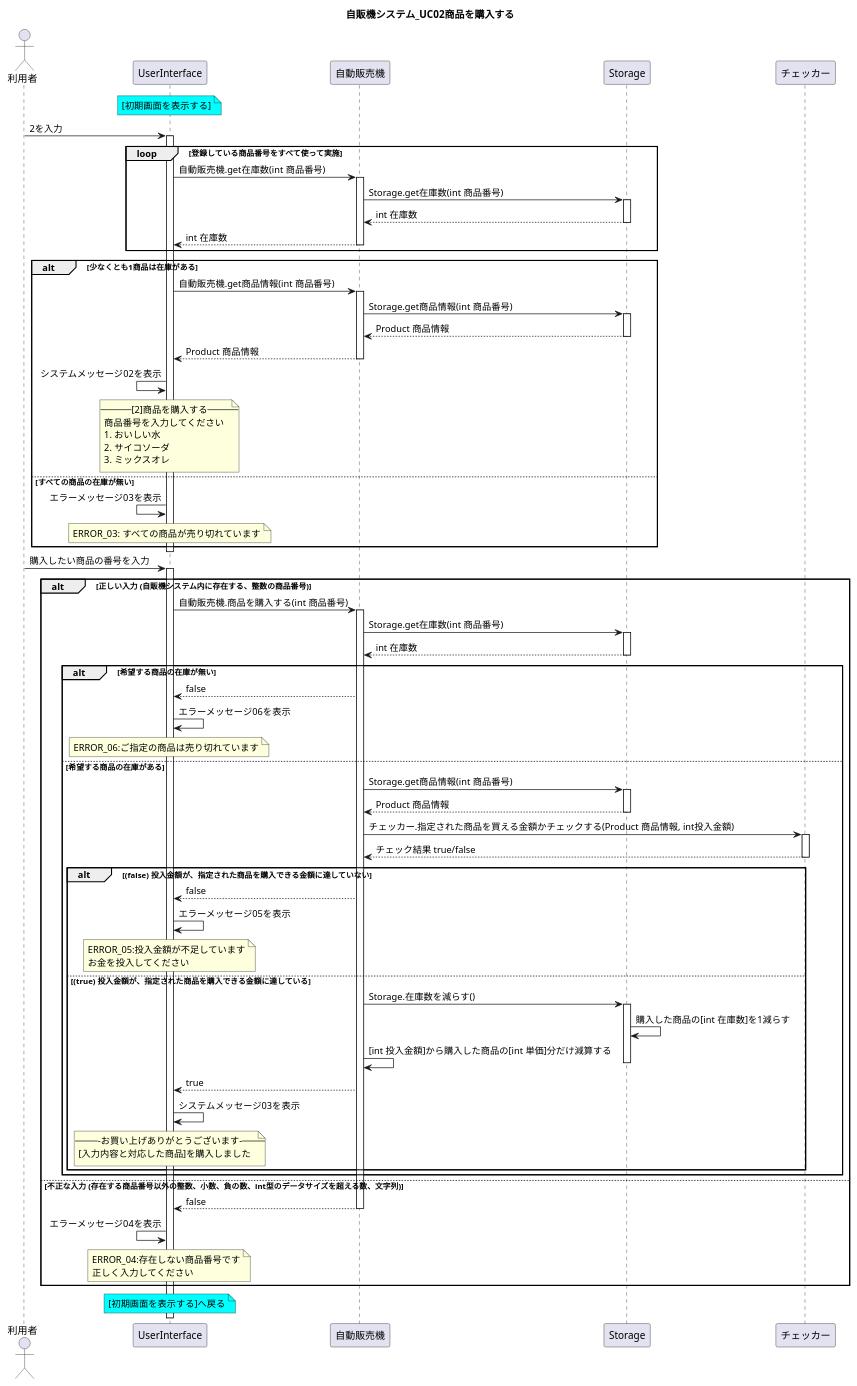
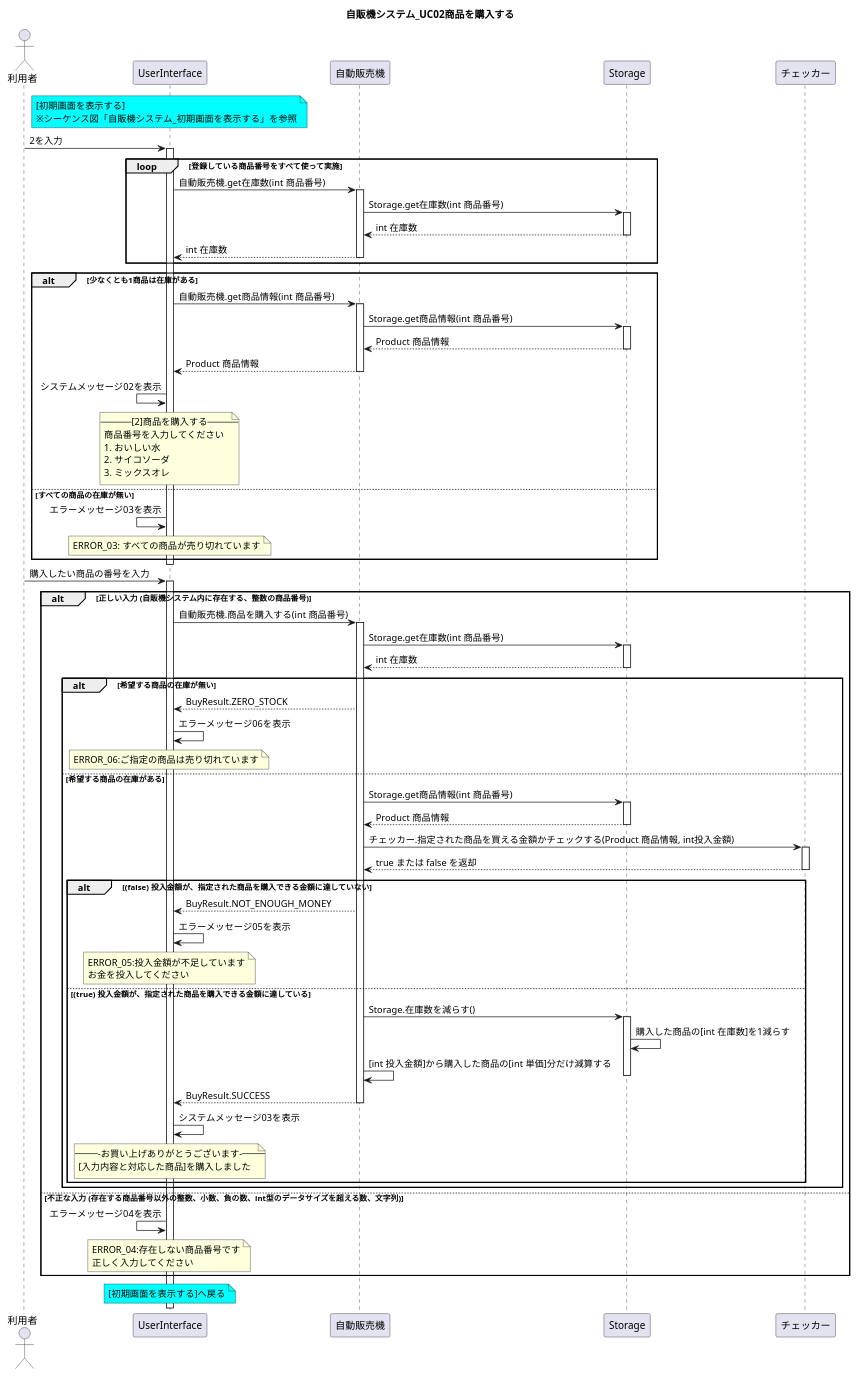
Before and after one commit to W-Nakayama-24/VendingMachine_CUI: the diagram in UML_class_sequence/VendingMachine_sequence02.puml, drawn with PlantUML. The commit also changed 7 other files, not shown here.

First line of the commit message:
FIX classDesign, sequenceDesign

```diff
--- a/UML_class_sequence/VendingMachine_sequence02.puml
+++ b/UML_class_sequence/VendingMachine_sequence02.puml
@@ -1,136 +1,136 @@
 @startuml
 title 自販機システム_UC02商品を購入する
 
 actor 利用者
 note over UserInterface #Cyan
 [初期画面を表示する]
+※シーケンス図「自販機システム_初期画面を表示する」を参照
 end note
 
 利用者 -> UserInterface : 2を入力
 
 loop 登録している商品番号をすべて使って実施
 activate UserInterface
 UserInterface -> 自動販売機 : 自動販売機.get在庫数(int 商品番号)
 activate 自動販売機
 自動販売機 -> Storage : Storage.get在庫数(int 商品番号)
 activate Storage
 自動販売機 <-- Storage : int 在庫数
 deactivate Storage
 UserInterface <-- 自動販売機 : int 在庫数
 deactivate 自動販売機
 end loop
 
 alt 少なくとも1商品は在庫がある
     UserInterface -> 自動販売機 : 自動販売機.get商品情報(int 商品番号)
     activate 自動販売機
     自動販売機 -> Storage : Storage.get商品情報(int 商品番号)
     activate Storage
 
     自動販売機 <-- Storage : Product 商品情報 
     deactivate Storage
     UserInterface <-- 自動販売機 : Product 商品情報
     deactivate 自動販売機
 
     ' UserInterface -> Product : get商品番号(), get商品名()
     ' activate Product
     ' UserInterface <-- Product : int 商品番号, String 商品名
     ' deactivate Product 
 
     UserInterface <- UserInterface : システムメッセージ02を表示
     note over UserInterface
     --[2]商品を購入する--
     商品番号を入力してください
     1. おいしい水
     2. サイコソーダ
     3. ミックスオレ
     end note
 
 else すべての商品の在庫が無い
     UserInterface <- UserInterface : エラーメッセージ03を表示
     note over UserInterface
     ERROR_03: すべての商品が売り切れています
     end note
 
 end
 deactivate UserInterface
 
 利用者 -> UserInterface : 購入したい商品の番号を入力
 
 activate UserInterface
 
 alt 正しい入力 (自販機システム内に存在する、整数の商品番号)
 
     UserInterface -> 自動販売機 : 自動販売機.商品を購入する(int 商品番号)
     activate 自動販売機
     自動販売機 -> Storage : Storage.get在庫数(int 商品番号)
     activate Storage
     自動販売機 <-- Storage : int 在庫数
     deactivate Storage
 
     alt 希望する商品の在庫が無い
 
-        UserInterface <-- 自動販売機 : false
+        UserInterface <-- 自動販売機 : BuyResult.ZERO_STOCK
         UserInterface -> UserInterface : エラーメッセージ06を表示
         note over UserInterface
         ERROR_06:ご指定の商品は売り切れています
         end note
 
 
     else 希望する商品の在庫がある
 
         自動販売機 -> Storage : Storage.get商品情報(int 商品番号)
         activate Storage
         自動販売機 <-- Storage : Product 商品情報 
         deactivate Storage
 
         自動販売機 -> チェッカー : チェッカー.指定された商品を買える金額かチェックする(Product 商品情報, int投入金額)
         activate チェッカー
-        自動販売機 <-- チェッカー : チェック結果 true/false
+        自動販売機 <-- チェッカー : true または false を返却
         deactivate チェッカー
 
         alt (false) 投入金額が、指定された商品を購入できる金額に達していない
             
-            UserInterface <-- 自動販売機 : false
+            UserInterface <-- 自動販売機 : BuyResult.NOT_ENOUGH_MONEY
             UserInterface -> UserInterface : エラーメッセージ05を表示
             note over UserInterface
             ERROR_05:投入金額が不足しています
             お金を投入してください
             end note
 
         else (true) 投入金額が、指定された商品を購入できる金額に達している
 
             自動販売機 -> Storage : Storage.在庫数を減らす()
             activate Storage
             Storage -> Storage : 購入した商品の[int 在庫数]を1減らす
             自動販売機 -> 自動販売機 : [int 投入金額]から購入した商品の[int 単価]分だけ減算する
             deactivate Storage
-            UserInterface <-- 自動販売機 : true
+            UserInterface <-- 自動販売機 : BuyResult.SUCCESS
+            deactivate 自動販売機
 
             UserInterface -> UserInterface : システムメッセージ03を表示
             note over UserInterface
             ---お買い上げありがとうございます---
             [入力内容と対応した商品]を購入しました
             end note
             
         end
 
 
     end
 
 else 不正な入力 (存在する商品番号以外の整数、小数、負の数、int型のデータサイズを超える数、文字列)
     
-    UserInterface <-- 自動販売機 : false
-    deactivate 自動販売機
     UserInterface <- UserInterface : エラーメッセージ04を表示
     note over UserInterface
     ERROR_04:存在しない商品番号です
     正しく入力してください
     end note
   
 end
 
 note over UserInterface #Cyan
 [初期画面を表示する]へ戻る
 end note
 
 @enduml
```
